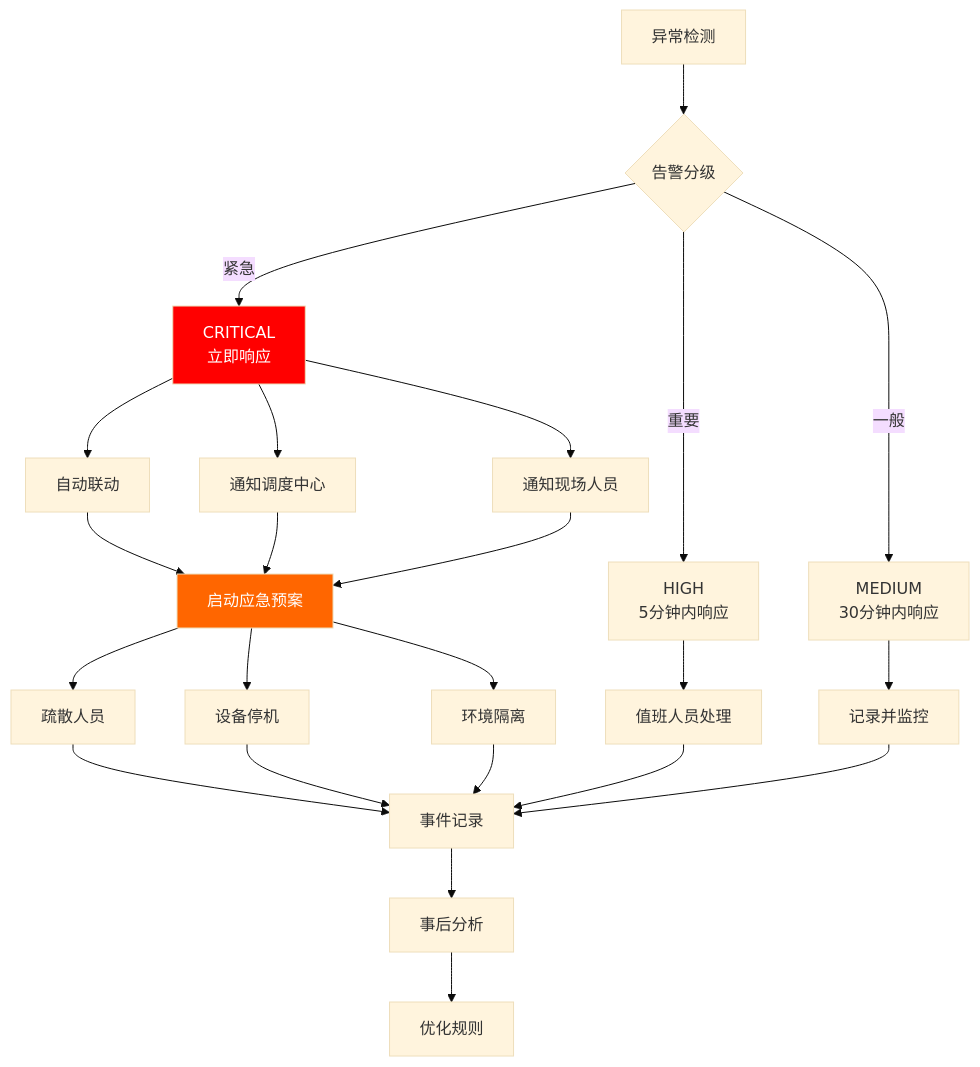
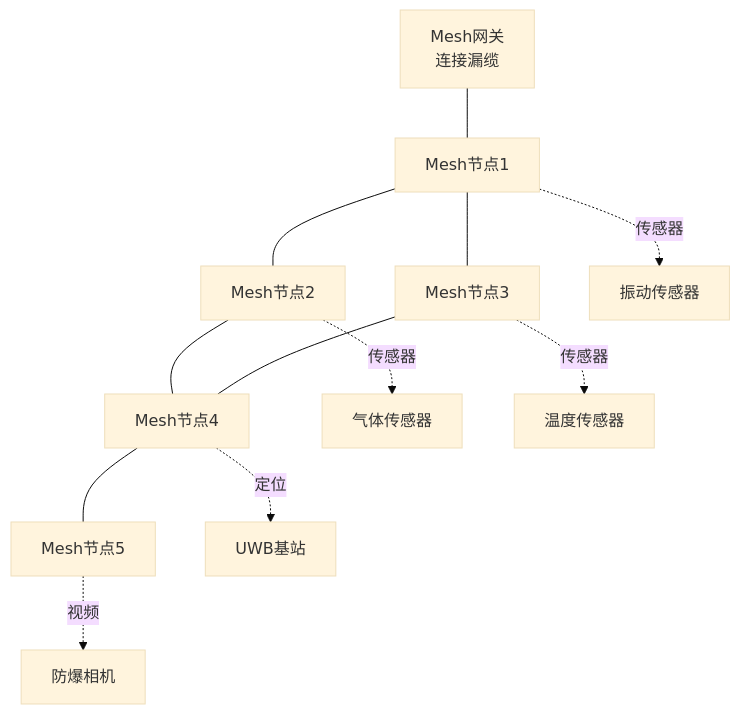
Before and after one commit to AdaMartin18010/AnalysisDataFlow: the fifth of 6 diagrams in Flink-IoT-Authority-Alignment/Phase-11-Mining-Oil-Gas/case-mining-oilgas-complete.md, drawn with Mermaid (base theme). The commit also changed other lines of this file and 8 other files, not shown here.

````diff
--- a/Flink-IoT-Authority-Alignment/Phase-11-Mining-Oil-Gas/case-mining-oilgas-complete.md
+++ b/Flink-IoT-Authority-Alignment/Phase-11-Mining-Oil-Gas/case-mining-oilgas-complete.md
@@ -3093,35 +700,15 @@
 ```mermaid
-flowchart TD
-    A[异常检测] --> B{告警分级}
+graph TD
+    A[Mesh网关<br/>连接漏缆] --- B[Mesh节点1]
+    B --- C[Mesh节点2]
+    B --- D[Mesh节点3]
+    C --- E[Mesh节点4]
+    D --- E
+    E --- F[Mesh节点5]
 
-    B -->|紧急| C[CRITICAL<br/>立即响应]
-    B -->|重要| D[HIGH<br/>5分钟内响应]
-    B -->|一般| E[MEDIUM<br/>30分钟内响应]
-
-    C --> F[自动联动]
-    C --> G[通知调度中心]
-    C --> H[通知现场人员]
-
-    F --> I[启动应急预案]
-    G --> I
-    H --> I
-
-    I --> J[疏散人员]
-    I --> K[设备停机]
-    I --> L[环境隔离]
-
-    D --> M[值班人员处理]
-    E --> N[记录并监控]
-
-    J --> O[事件记录]
-    K --> O
-    L --> O
-    M --> O
-    N --> O
-
-    O --> P[事后分析]
-    P --> Q[优化规则]
-
-    style C fill:#ff0000,color:#fff
-    style I fill:#ff6600,color:#fff
+    B -.->|传感器| S1[振动传感器]
+    C -.->|传感器| S2[气体传感器]
+    D -.->|传感器| S3[温度传感器]
+    E -.->|定位| L1[UWB基站]
+    F -.->|视频| V1[防爆相机]
 ```
````
